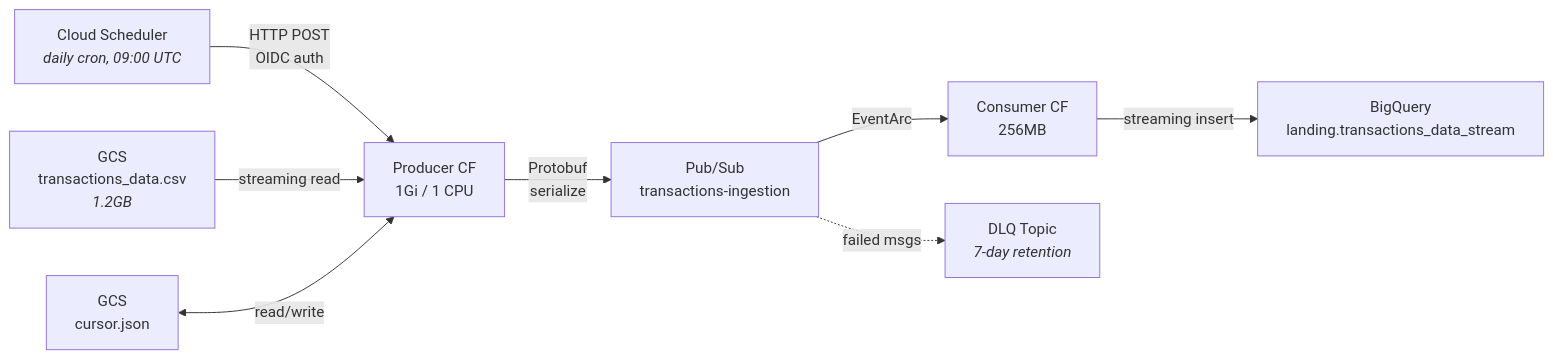
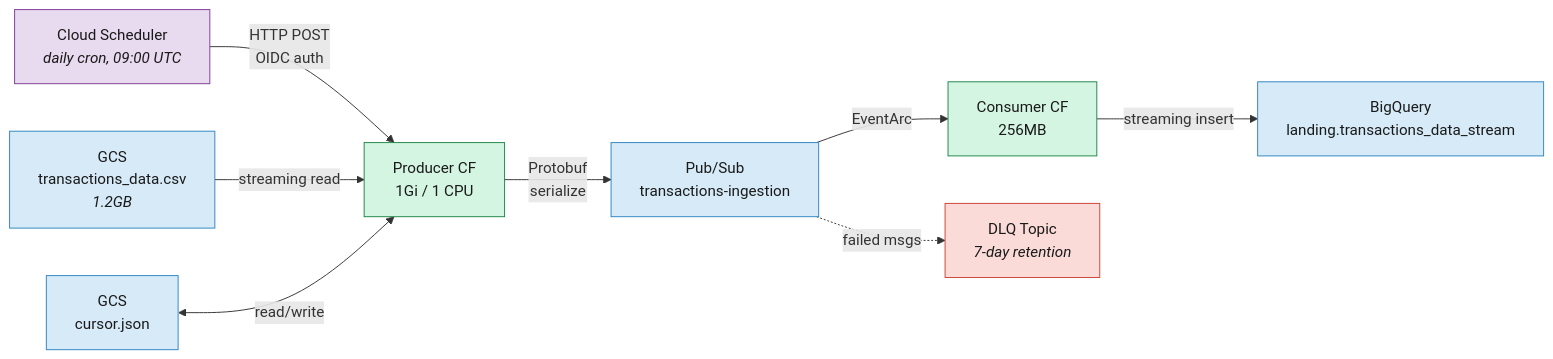
Before and after one commit to mponsclo/caixabank-data-ai-hackathon: the diagram in docs/1-ingestion.md, drawn with Mermaid. The commit also changed other lines of this file and 3 other files, not shown here.

First line of the commit message:
Rename to 7-infrastructure.md, add intro, fix dashes, color diagram

````diff
--- a/docs/1-ingestion.md
+++ b/docs/1-ingestion.md
@@ -15,10 +15,15 @@
 ```mermaid
 graph LR
-  Scheduler["Cloud Scheduler<br/><i>daily cron, 09:00 UTC</i>"] -->|HTTP POST<br/>OIDC auth| Producer["Producer CF<br/>1Gi / 1 CPU"]
-  GCS_CSV["GCS<br/>transactions_data.csv<br/><i>1.2GB</i>"] -->|streaming read| Producer
-  GCS_Cursor["GCS<br/>cursor.json"] <-->|read/write| Producer
-  Producer -->|Protobuf<br/>serialize| PubSub["Pub/Sub<br/>transactions-ingestion"]
-  PubSub -->|EventArc| Consumer["Consumer CF<br/>256MB"]
-  PubSub -.->|failed msgs| DLQ["DLQ Topic<br/><i>7-day retention</i>"]
-  Consumer -->|streaming insert| BQ["BigQuery<br/>landing.transactions_data_stream"]
+  Scheduler["Cloud Scheduler<br/><i>daily cron, 09:00 UTC</i>"]:::infra -->|HTTP POST<br/>OIDC auth| Producer["Producer CF<br/>1Gi / 1 CPU"]:::compute
+  GCS_CSV["GCS<br/>transactions_data.csv<br/><i>1.2GB</i>"]:::storage -->|streaming read| Producer
+  GCS_Cursor["GCS<br/>cursor.json"]:::storage <-->|read/write| Producer
+  Producer -->|Protobuf<br/>serialize| PubSub["Pub/Sub<br/>transactions-ingestion"]:::storage
+  PubSub -->|EventArc| Consumer["Consumer CF<br/>256MB"]:::compute
+  PubSub -.->|failed msgs| DLQ["DLQ Topic<br/><i>7-day retention</i>"]:::error
+  Consumer -->|streaming insert| BQ["BigQuery<br/>landing.transactions_data_stream"]:::storage
+
+  classDef storage fill:#d6eaf8,stroke:#2e86c1,color:#1a1a1a
+  classDef compute fill:#d5f5e3,stroke:#1e8449,color:#1a1a1a
+  classDef infra fill:#e8daef,stroke:#7d3c98,color:#1a1a1a
+  classDef error fill:#fadbd8,stroke:#cb4335,color:#1a1a1a
 ```
````
